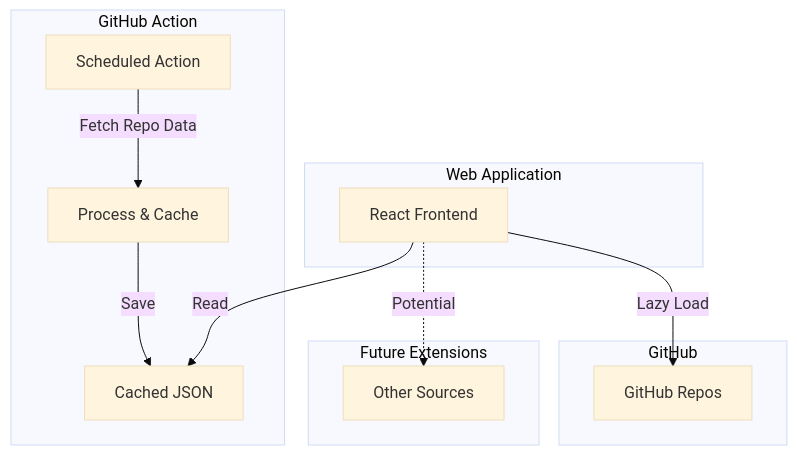
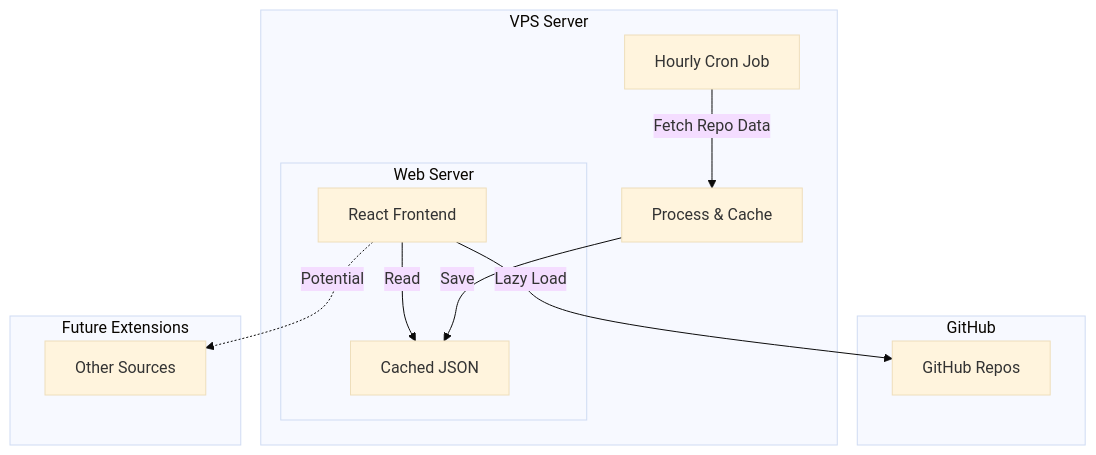
One commit to matthewabbott/personal-kb changed the diagram in README.md. Above: the diagram before and after it, drawn with Mermaid (base theme). The commit also changed other lines of this file, not shown here.

````diff
--- a/README.md
+++ b/README.md
@@ -7,20 +7,19 @@
 ```mermaid
 flowchart TD
     subgraph GitHub
         GH[GitHub Repos]
     end
 
-    subgraph "GitHub Action"
-        GA[Scheduled Action] --> |Fetch Repo Data| P[Process & Cache]
+    subgraph "VPS Server"
+        CRON[Hourly Cron Job] --> |Fetch Repo Data| P[Process & Cache]
         P --> |Save| C[Cached JSON]
-    end
-
-    subgraph "Web Application"
-        FE[React Frontend] --> |Read| C
-        FE --> |Lazy Load| GH
+        subgraph "Web Server"
+            FE[React Frontend] --> |Read| C
+            FE --> |Lazy Load| GH
+        end
     end
 
     subgraph "Future Extensions"
         FE -.-> |Potential| OT[Other Sources]
     end
 ```
````
